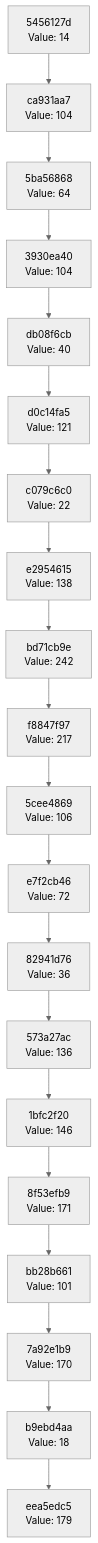
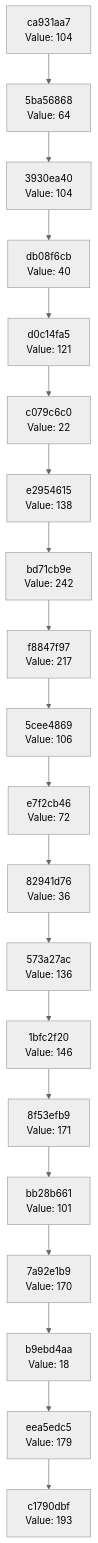
Before and after one commit to Abhisheksinha1506/hash-chain-evolver: the diagram in docs/CHAIN_VISUALIZATION.md, drawn with Mermaid (neutral theme). The commit also changed 1 other file, not shown here.

Commit message:
Evolution step: hash 0xC1 → action executed

````diff
--- a/docs/CHAIN_VISUALIZATION.md
+++ b/docs/CHAIN_VISUALIZATION.md
@@ -3,42 +3,42 @@
 ```mermaid
 graph TD
-    C0["eea5edc5<br/>Value: 179"]
-    C1["b9ebd4aa<br/>Value: 18"]
+    C0["c1790dbf<br/>Value: 193"]
+    C1["eea5edc5<br/>Value: 179"]
     C1 --> C0
-    C2["7a92e1b9<br/>Value: 170"]
+    C2["b9ebd4aa<br/>Value: 18"]
     C2 --> C1
-    C3["bb28b661<br/>Value: 101"]
+    C3["7a92e1b9<br/>Value: 170"]
     C3 --> C2
-    C4["8f53efb9<br/>Value: 171"]
+    C4["bb28b661<br/>Value: 101"]
     C4 --> C3
-    C5["1bfc2f20<br/>Value: 146"]
+    C5["8f53efb9<br/>Value: 171"]
     C5 --> C4
-    C6["573a27ac<br/>Value: 136"]
+    C6["1bfc2f20<br/>Value: 146"]
     C6 --> C5
-    C7["82941d76<br/>Value: 36"]
+    C7["573a27ac<br/>Value: 136"]
     C7 --> C6
-    C8["e7f2cb46<br/>Value: 72"]
+    C8["82941d76<br/>Value: 36"]
     C8 --> C7
-    C9["5cee4869<br/>Value: 106"]
+    C9["e7f2cb46<br/>Value: 72"]
     C9 --> C8
-    C10["f8847f97<br/>Value: 217"]
+    C10["5cee4869<br/>Value: 106"]
     C10 --> C9
-    C11["bd71cb9e<br/>Value: 242"]
+    C11["f8847f97<br/>Value: 217"]
     C11 --> C10
-    C12["e2954615<br/>Value: 138"]
+    C12["bd71cb9e<br/>Value: 242"]
     C12 --> C11
-    C13["c079c6c0<br/>Value: 22"]
+    C13["e2954615<br/>Value: 138"]
     C13 --> C12
-    C14["d0c14fa5<br/>Value: 121"]
+    C14["c079c6c0<br/>Value: 22"]
     C14 --> C13
-    C15["db08f6cb<br/>Value: 40"]
+    C15["d0c14fa5<br/>Value: 121"]
     C15 --> C14
-    C16["3930ea40<br/>Value: 104"]
+    C16["db08f6cb<br/>Value: 40"]
     C16 --> C15
-    C17["5ba56868<br/>Value: 64"]
+    C17["3930ea40<br/>Value: 104"]
     C17 --> C16
-    C18["ca931aa7<br/>Value: 104"]
+    C18["5ba56868<br/>Value: 64"]
     C18 --> C17
-    C19["5456127d<br/>Value: 14"]
+    C19["ca931aa7<br/>Value: 104"]
     C19 --> C18
 ```
````
